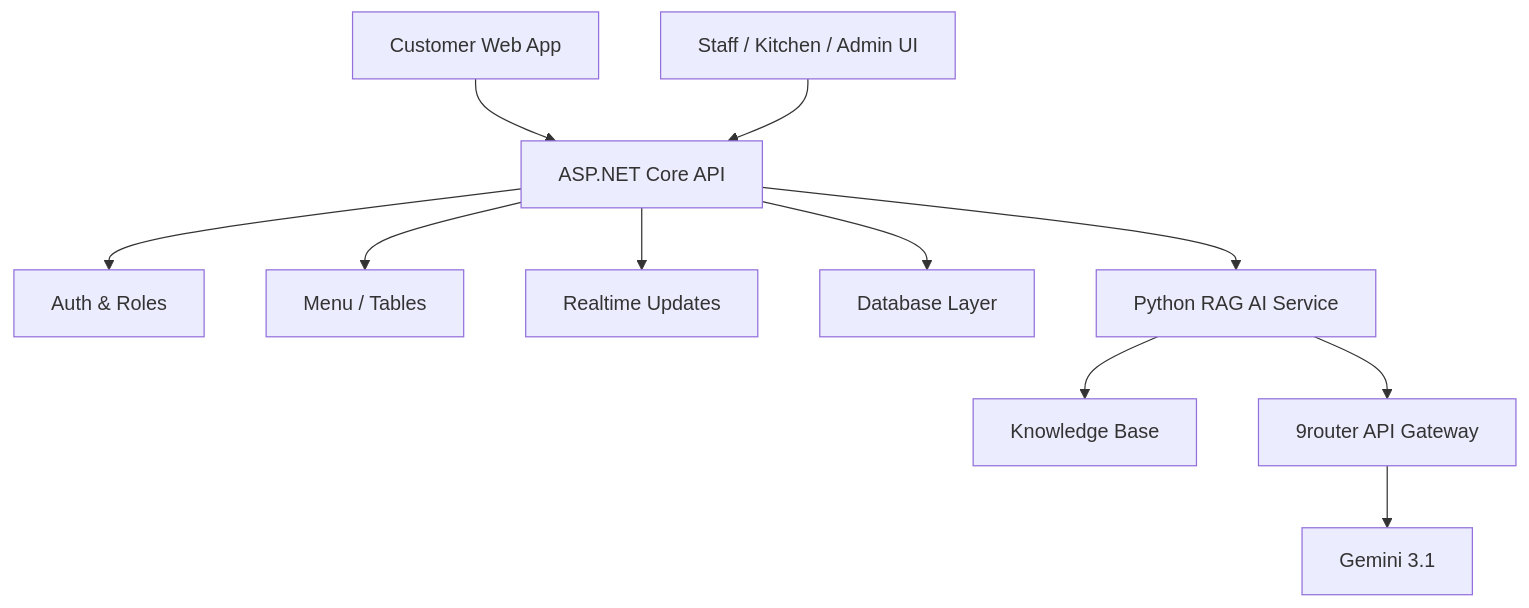
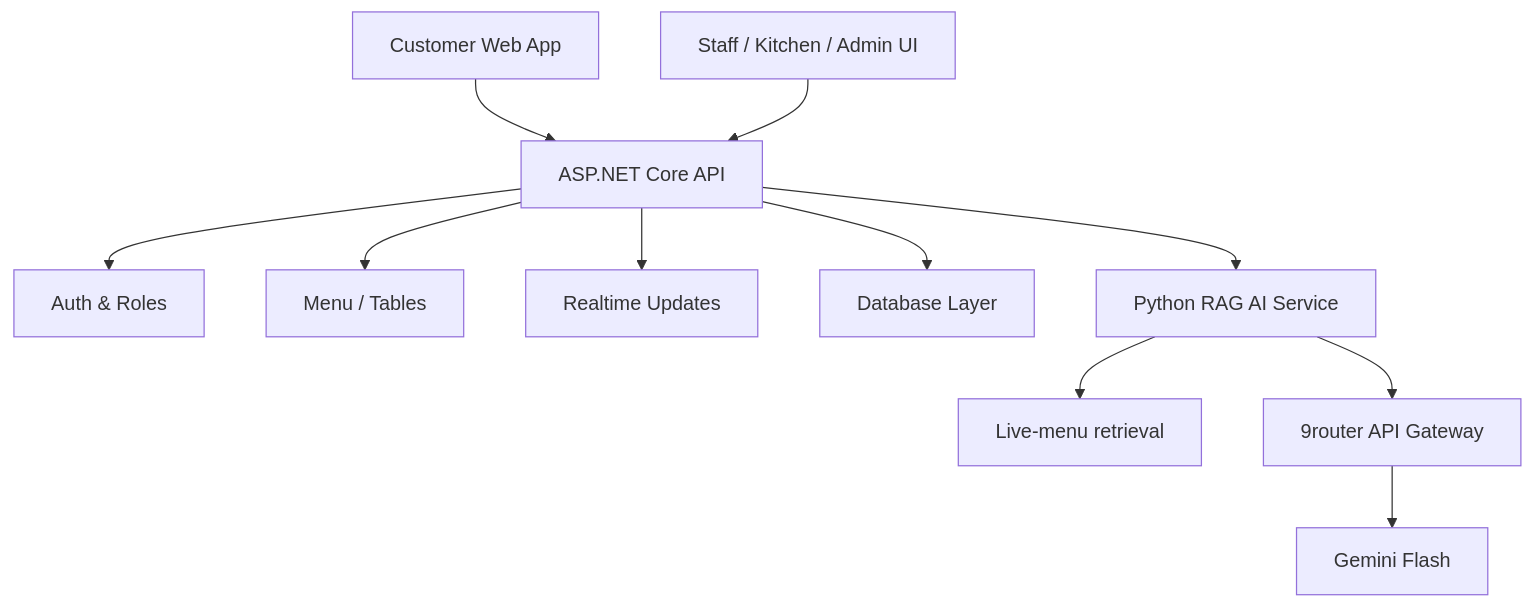
One commit to Anpham120/restaurant-qr-ai-ordering changed the second of 2 diagrams in README.md. Above: the diagram before and after it, drawn with Mermaid. The commit also changed other lines of this file and 104 other files, not shown here.

````diff
--- a/README.md
+++ b/README.md
@@ -77,13 +77,13 @@
 ```mermaid
 flowchart TB
   Customer["Customer Web App"] --> API["ASP.NET Core API"]
   Staff["Staff / Kitchen / Admin UI"] --> API
   API --> Auth["Auth & Roles"]
   API --> Menu["Menu / Tables"]
   API --> Realtime["Realtime Updates"]
   API --> Data["Database Layer"]
   API --> AiService["Python RAG AI Service"]
-  AiService --> RAG["Knowledge Base"]
+  AiService --> RAG["Live-menu retrieval"]
   AiService --> Router["9router API Gateway"]
-  Router --> Gemini["Gemini 3.1"]
+  Router --> Gemini["Gemini Flash"]
 ```
````
